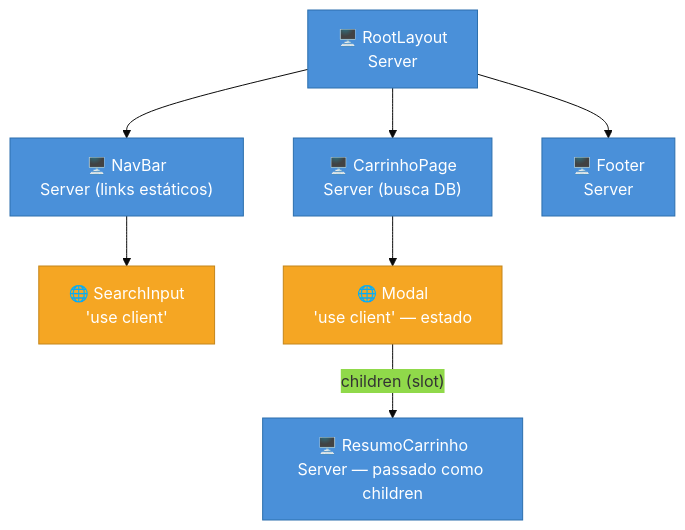
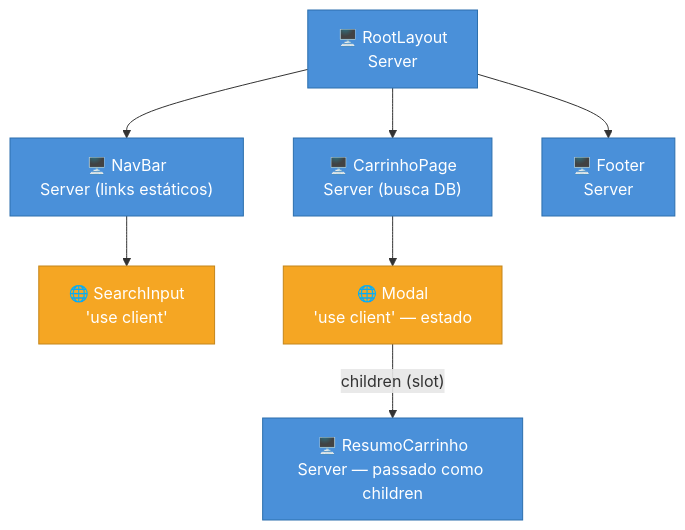
The second of 2 diagrams in 03-Dominios/Tecnologia/React/Next.js/04 - Server vs Client Components.md (josenaldo/codex-technomanticus), drawn with Mermaid before and after one commit. The commit also changed other lines of this file and 1181 other files, not shown here.

First line of the commit message:
fix(diagramas): paleta do sistema no lugar de cor cravada no markdown

````diff
--- a/03-Dominios/Tecnologia/React/Next.js/04 - Server vs Client Components.md
+++ b/03-Dominios/Tecnologia/React/Next.js/04 - Server vs Client Components.md
@@ -289,21 +288,20 @@
 ```mermaid
-%%{init: {"theme": "base", "themeVariables": {"primaryColor": "#4A90D9"}}}%%
 graph TD
+    classDef server fill:#4A90D9,color:#fff,stroke:#2c6fad
+    classDef boundary fill:#F5A623,color:#fff,stroke:#c4851a
     Root["🖥️ RootLayout\nServer"]:::server
     Nav["🖥️ NavBar\nServer (links estáticos)"]:::server
     NavSearch["🌐 SearchInput\n'use client'"]:::boundary
     Page["🖥️ CarrinhoPage\nServer (busca DB)"]:::server
     Modal["🌐 Modal\n'use client' — estado"]:::boundary
     Resumo["🖥️ ResumoCarrinho\nServer — passado como children"]:::server
     Footer["🖥️ Footer\nServer"]:::server
 
     Root --> Nav
     Root --> Page
     Root --> Footer
     Nav --> NavSearch
     Page --> Modal
     Modal -->|"children (slot)"| Resumo
 
-    classDef server fill:#4A90D9,color:#fff,stroke:#2c6fad
-    classDef boundary fill:#F5A623,color:#fff,stroke:#c4851a
 ```
````
